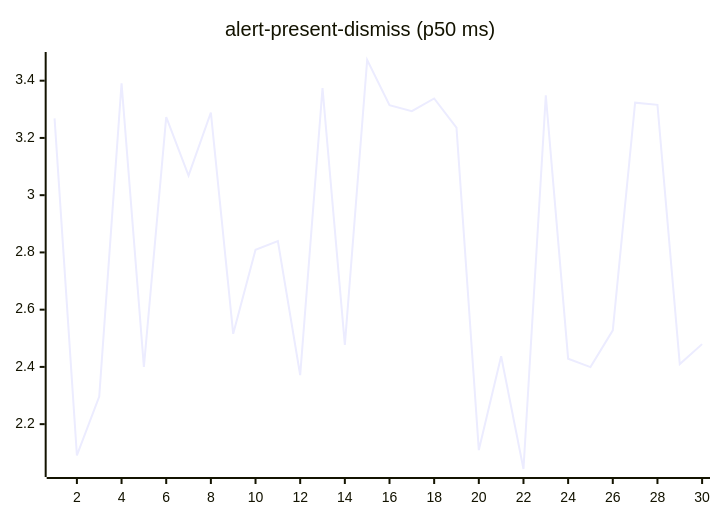
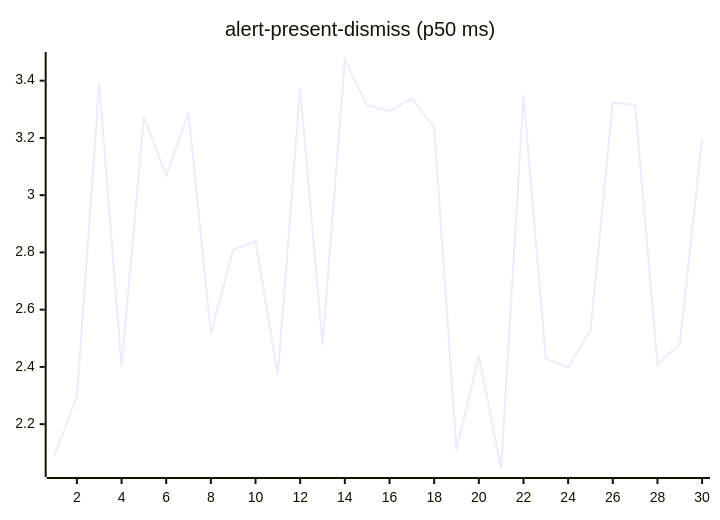
One commit to josha/Facet changed the second of 27 diagrams in README.md. Above: the diagram before and after it, drawn with Mermaid. The commit also changed other lines of this file and 2 other files, not shown here.

````diff
--- a/README.md
+++ b/README.md
@@ -70,6 +70,6 @@
 ```mermaid
 xychart-beta
     title "alert-present-dismiss (p50 ms)"
     x-axis 1 --> 30
-    line [3.2682, 2.0908, 2.2965, 3.3910, 2.4000, 3.2732, 3.0684, 3.2888, 2.5156, 2.8095, 2.8395, 2.3714, 3.3741, 2.4770, 3.4723, 3.3142, 3.2934, 3.3378, 3.2358, 2.1094, 2.4372, 2.0433, 3.3486, 2.4287, 2.3992, 2.5276, 3.3233, 3.3156, 2.4099, 2.4796]
+    line [2.0908, 2.2965, 3.3910, 2.4000, 3.2732, 3.0684, 3.2888, 2.5156, 2.8095, 2.8395, 2.3714, 3.3741, 2.4770, 3.4723, 3.3142, 3.2934, 3.3378, 3.2358, 2.1094, 2.4372, 2.0433, 3.3486, 2.4287, 2.3992, 2.5276, 3.3233, 3.3156, 2.4099, 2.4796, 3.1966]
 ```
````
